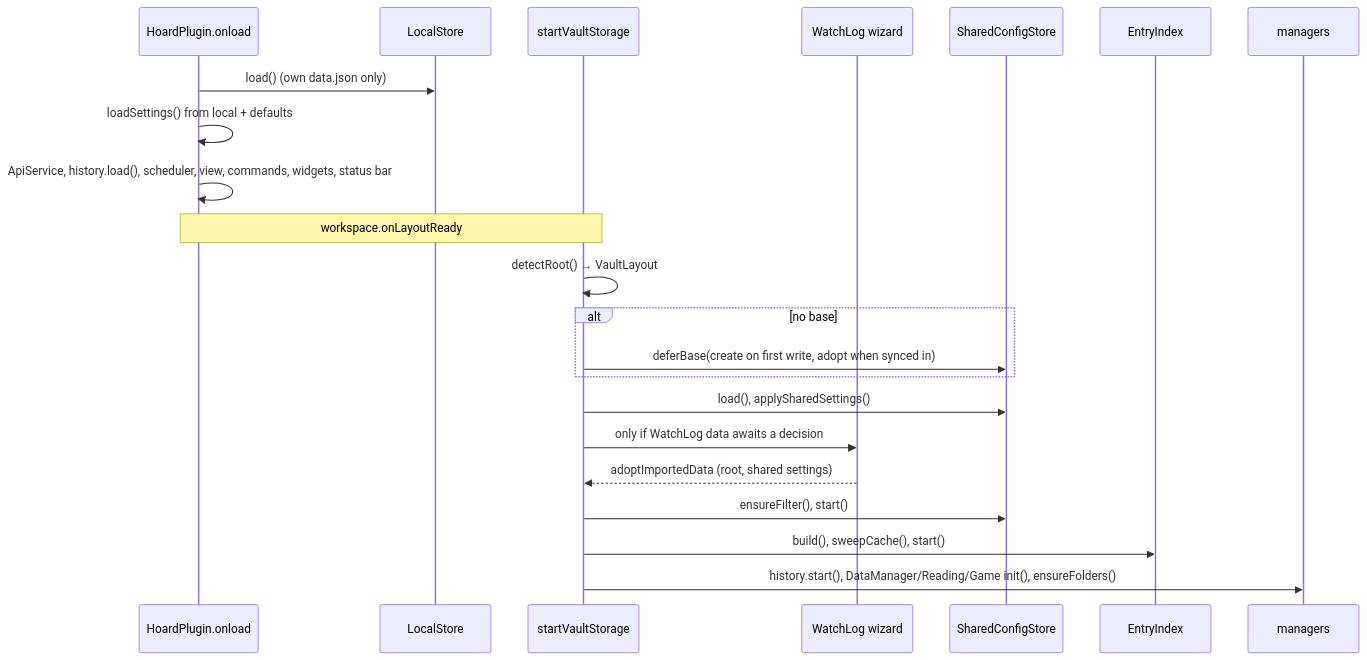
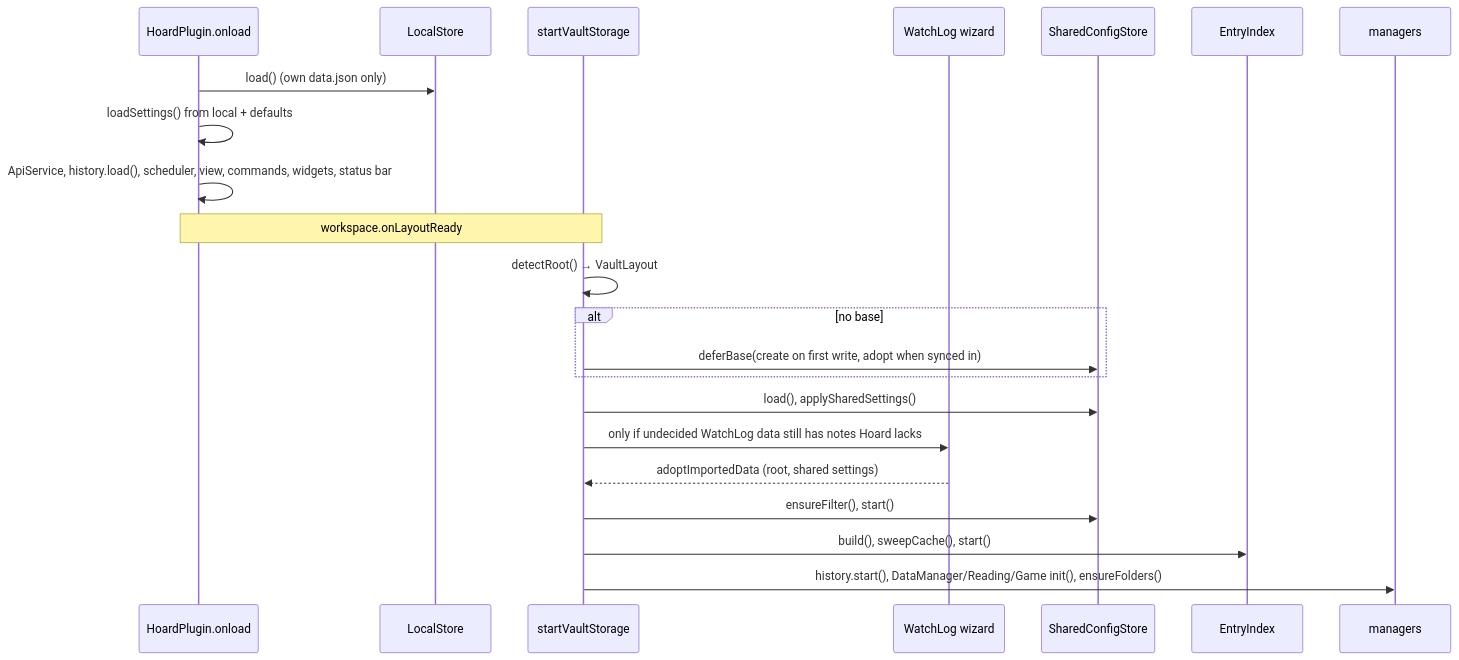
The diagram in docs/flows/startup.md (Macavity/obsidian-hoard), drawn with Mermaid before and after one commit. The commit also changed other lines of this file and 1 other file, not shown here.

Commit message:
docs(wiki): refresh for WatchLog new-data check

````diff
--- a/docs/flows/startup.md
+++ b/docs/flows/startup.md
@@ -21,24 +21,24 @@
 ```mermaid
 sequenceDiagram
   participant P as HoardPlugin.onload
   participant L as LocalStore
   participant S as startVaultStorage
   participant W as WatchLog wizard
   participant Sh as SharedConfigStore
   participant I as EntryIndex
   participant Mg as managers
   P->>L: load() (own data.json only)
   P->>P: loadSettings() from local + defaults
   P->>P: ApiService, history.load(), scheduler, view, commands, widgets, status bar
   Note over P,S: workspace.onLayoutReady
   S->>S: detectRoot() → VaultLayout
   alt no base
     S->>Sh: deferBase(create on first write, adopt when synced in)
   end
   S->>Sh: load(), applySharedSettings()
-  S->>W: only if WatchLog data awaits a decision
+  S->>W: only if undecided WatchLog data still has notes Hoard lacks
   W-->>S: adoptImportedData (root, shared settings)
   S->>Sh: ensureFilter(), start()
   S->>I: build(), sweepCache(), start()
   S->>Mg: history.start(), DataManager/Reading/Game init(), ensureFolders()
 ```
````
